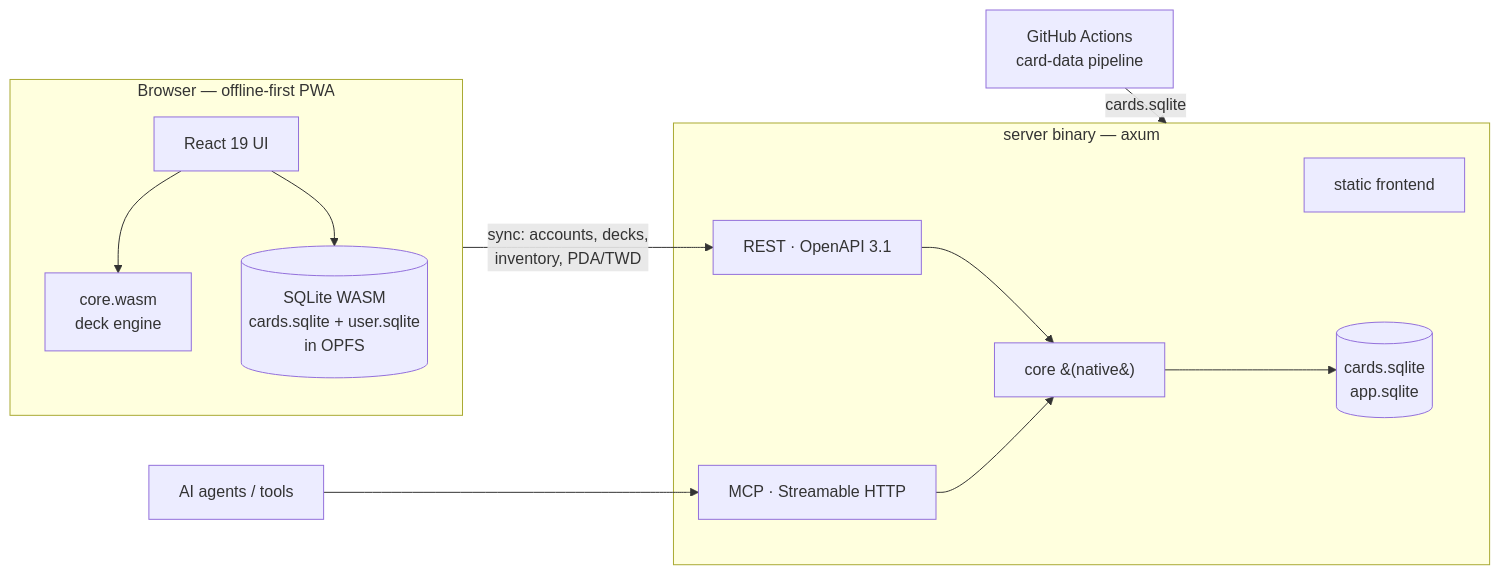
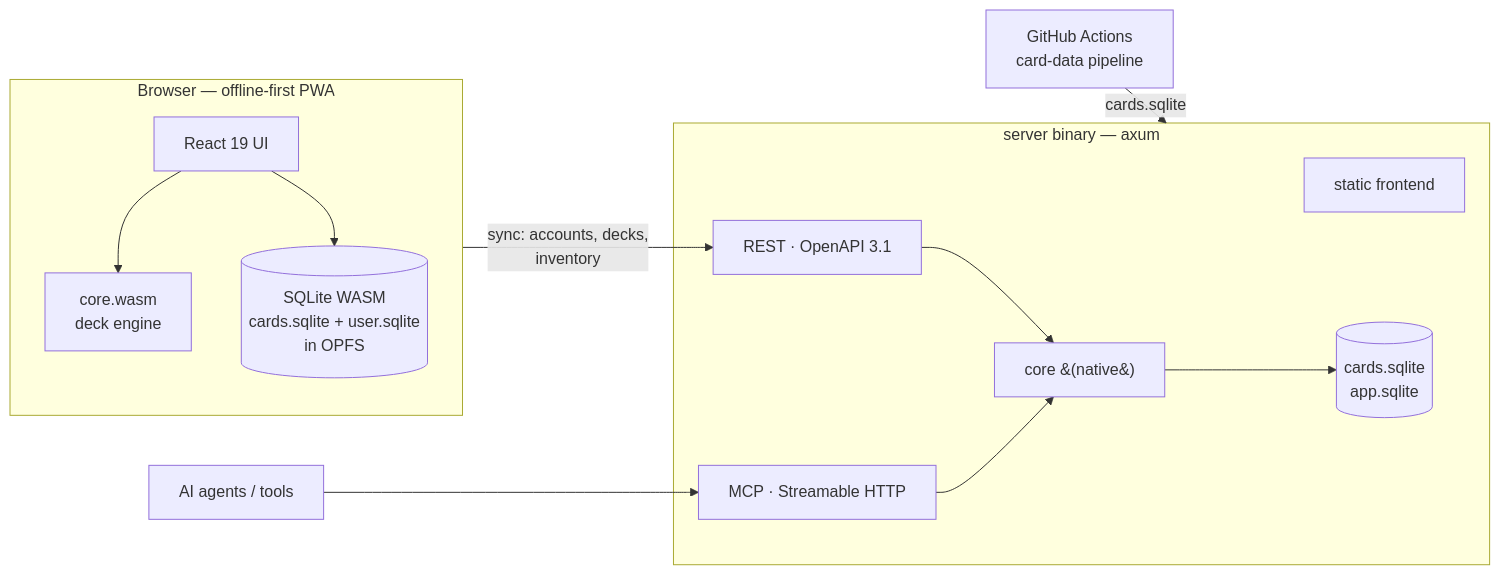
The diagram in docs/architecture.md (Ostaroar/schrecknet), drawn with Mermaid before and after one commit. The commit also changed other lines of this file and 11 other files, not shown here.

````diff
--- a/docs/architecture.md
+++ b/docs/architecture.md
@@ -70,24 +72,24 @@
 ```mermaid
 flowchart LR
     subgraph Browser [Browser — offline-first PWA]
         UI[React 19 UI]
         WASMCore[core.wasm<br/>deck engine]
         SQLW[(SQLite WASM<br/>cards.sqlite + user.sqlite<br/>in OPFS)]
         UI --> WASMCore
         UI --> SQLW
     end
 
     subgraph Server [server binary — axum]
         Static[static frontend]
         REST[REST · OpenAPI 3.1]
         MCP[MCP · Streamable HTTP]
         NativeCore[core &#40;native&#41;]
         DB[(cards.sqlite<br/>app.sqlite)]
         REST --> NativeCore --> DB
         MCP --> NativeCore
     end
 
-    Browser -- "sync: accounts, decks,<br/>inventory, PDA/TWD" --> REST
+    Browser -- "sync: accounts, decks,<br/>inventory" --> REST
     Agents[AI agents / tools] --> MCP
     CI[GitHub Actions<br/>card-data pipeline] -- "cards.sqlite" --> Server
 ```
````
